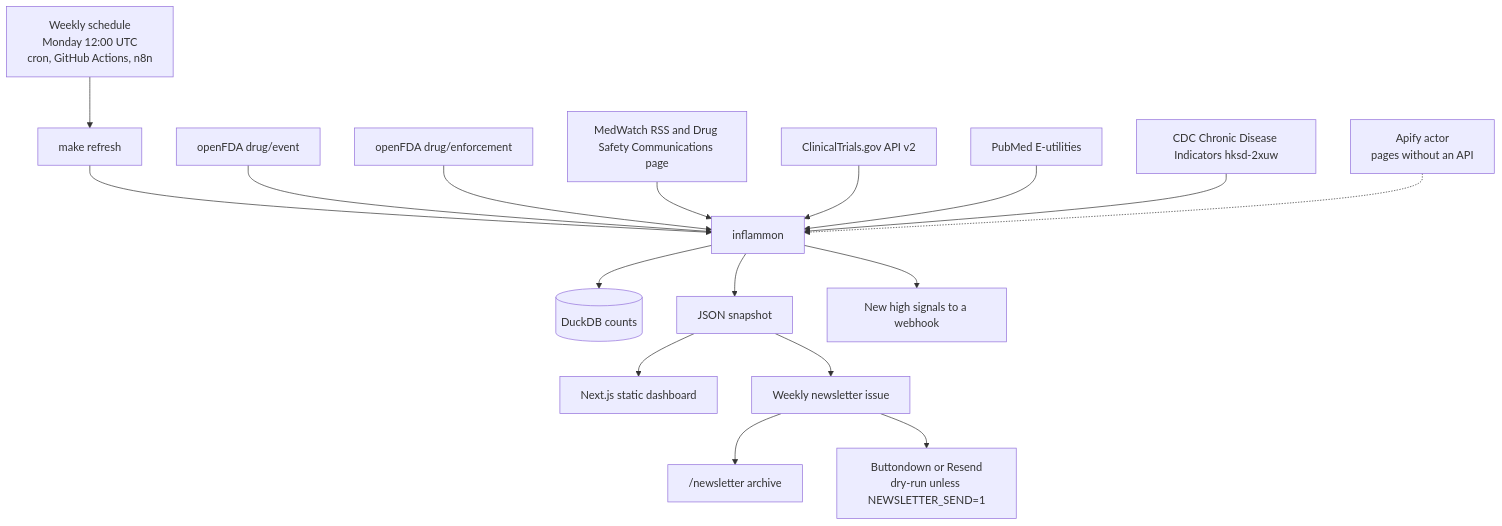
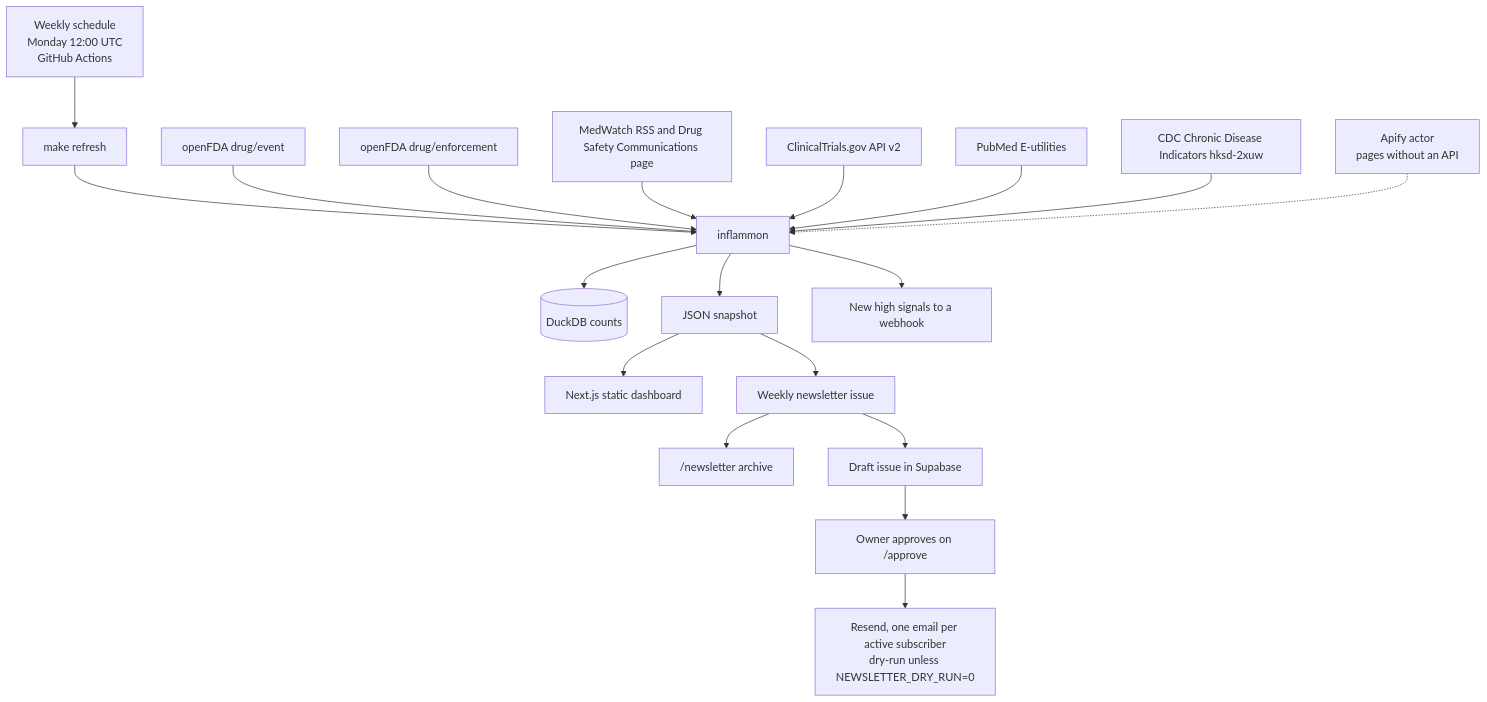
One commit to developer-rpai/open-health-signal changed the diagram in README.md. Above: the diagram before and after it, drawn with Mermaid. The commit also changed other lines of this file and 53 other files, not shown here.

First line of the commit message:
Move the list to Supabase and send with Resend.

````diff
--- a/README.md
+++ b/README.md
@@ -16,20 +16,22 @@
 ```mermaid
 flowchart TB
-  cron["Weekly schedule<br/>Monday 12:00 UTC<br/>cron, GitHub Actions, n8n"]
+  cron["Weekly schedule<br/>Monday 12:00 UTC<br/>GitHub Actions"]
   cron --> refresh["make refresh"]
   refresh --> py["inflammon"]
   faers["openFDA drug/event"] --> py
   enf["openFDA drug/enforcement"] --> py
   rss["MedWatch RSS and Drug Safety Communications page"] --> py
   ct["ClinicalTrials.gov API v2"] --> py
   pm["PubMed E-utilities"] --> py
   cdc["CDC Chronic Disease Indicators hksd-2xuw"] --> py
   actor["Apify actor<br/>pages without an API"] -.-> py
   py --> duck[("DuckDB counts")]
   py --> snap["JSON snapshot"]
   snap --> site["Next.js static dashboard"]
   snap --> letter["Weekly newsletter issue"]
   letter --> archive["/newsletter archive"]
-  letter --> provider["Buttondown or Resend<br/>dry-run unless NEWSLETTER_SEND=1"]
+  letter --> draft["Draft issue in Supabase"]
+  draft --> owner["Owner approves on /approve"]
+  owner --> resend["Resend, one email per active subscriber<br/>dry-run unless NEWSLETTER_DRY_RUN=0"]
   py --> hook["New high signals to a webhook"]
 ```
````
